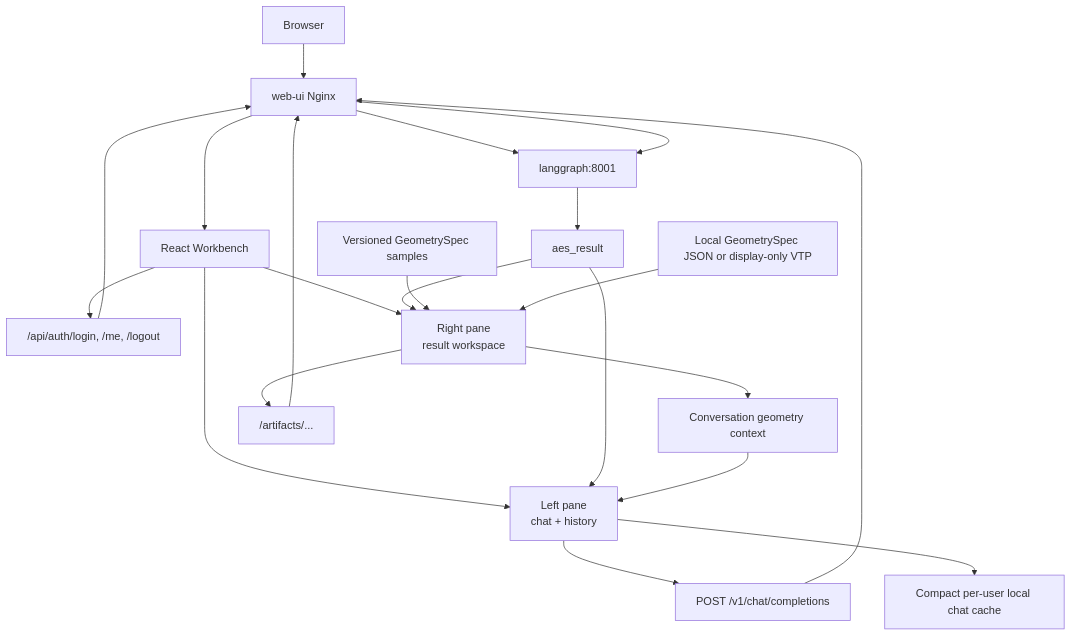
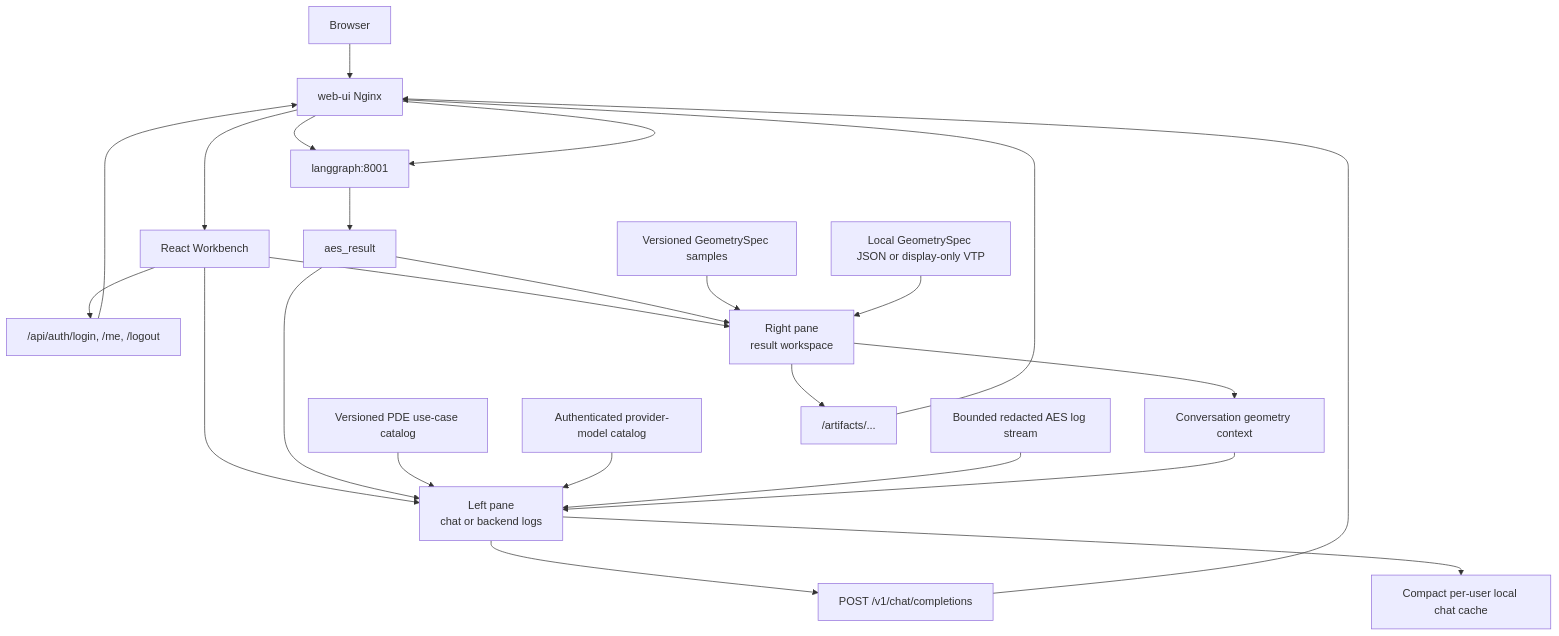
One commit to RadmirG/AES changed the first of 10 diagrams in web-ui/architecture.md. Above: the diagram before and after it, drawn with Mermaid. The commit also changed other lines of this file and 24 other files, not shown here.

````diff
--- a/web-ui/architecture.md
+++ b/web-ui/architecture.md
@@ -7,23 +7,26 @@
 ```mermaid
 flowchart TD
     A["Browser"] --> B["web-ui Nginx"]
     B --> C["React Workbench"]
     C --> AUTH["/api/auth/login, /me, /logout"]
     AUTH --> B
-    C --> D["Left pane<br/>chat + history"]
+    C --> D["Left pane<br/>chat or backend logs"]
     C --> E["Right pane<br/>result workspace"]
     D --> F["POST /v1/chat/completions"]
     F --> B
     B --> G["langgraph:8001"]
     G --> H["aes_result"]
     H --> D
     H --> E
     SAMPLES["Versioned GeometrySpec samples"] --> E
+    CASES["Versioned PDE use-case catalog"] --> D
+    MODELS["Authenticated provider-model catalog"] --> D
+    LOGS["Bounded redacted AES log stream"] --> D
     UPLOAD["Local GeometrySpec JSON or display-only VTP"] --> E
     E --> CTX["Conversation geometry context"]
     CTX --> D
     D --> CACHE["Compact per-user local chat cache"]
     E --> I["/artifacts/..."]
     I --> B
     B --> G
 ```
````
